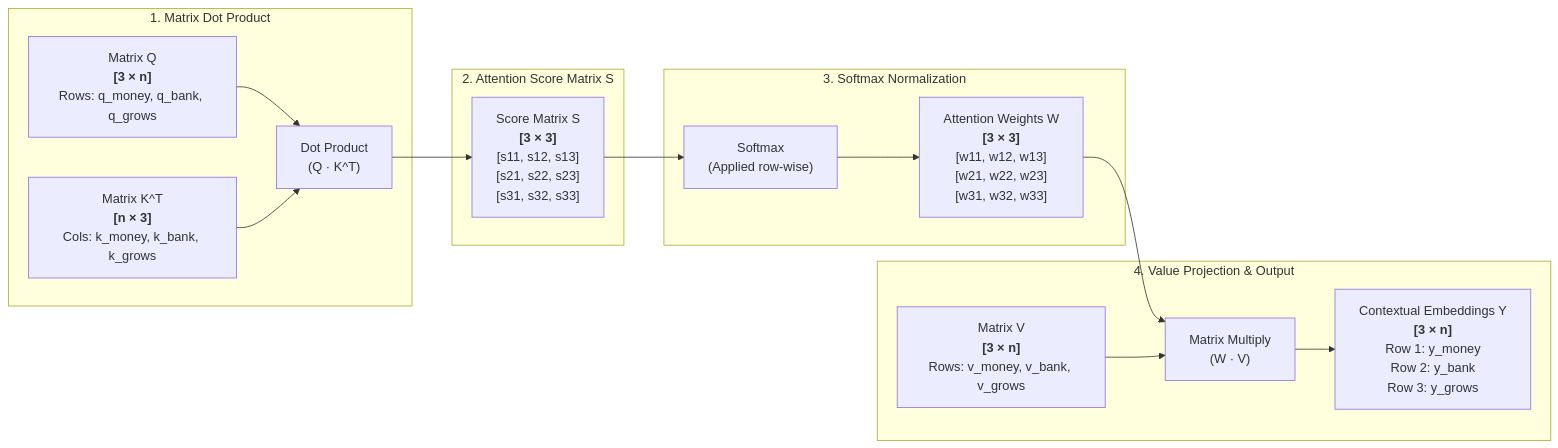
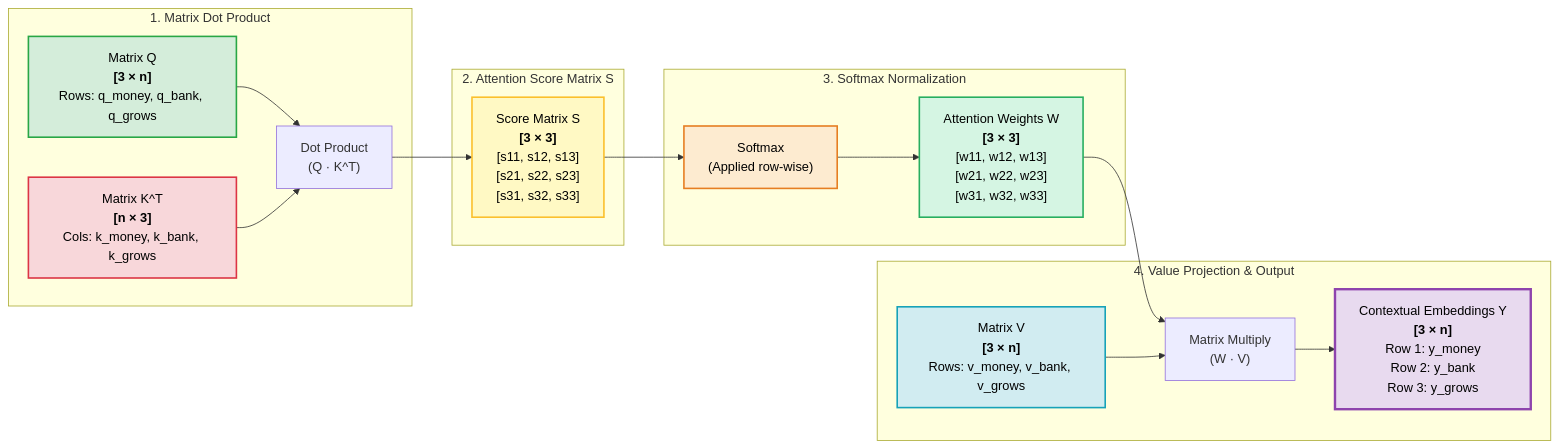
Before and after one commit to holycompile/Machine_Learning: the fourth of 4 diagrams in self_attention_notes.md, drawn with Mermaid. The commit also changed other lines of this file and 4 other files, not shown here.

````diff
--- a/self_attention_notes.md
+++ b/self_attention_notes.md
@@ -326,30 +347,38 @@
 ```mermaid
 flowchart LR
+    classDef qStyle fill:#D4EDDA,stroke:#28A745,stroke-width:2px,color:#000;
+    classDef kStyle fill:#F8D7DA,stroke:#DC3545,stroke-width:2px,color:#000;
+    classDef sStyle fill:#FFF9C4,stroke:#FBC02D,stroke-width:2px,color:#000;
+    classDef softStyle fill:#FDEBD0,stroke:#E67E22,stroke-width:2px,color:#000;
+    classDef wStyle fill:#D5F5E3,stroke:#27AE60,stroke-width:2px,color:#000;
+    classDef vStyle fill:#D1ECF1,stroke:#17A2B8,stroke-width:2px,color:#000;
+    classDef yStyle fill:#E8DAEF,stroke:#8E44AD,stroke-width:3px,color:#000;
+
     subgraph Step1["1. Matrix Dot Product"]
-        Q["Matrix Q<br/><b>[3 × n]</b><br/>Rows: q_money, q_bank, q_grows"]
-        K["Matrix K^T<br/><b>[n × 3]</b><br/>Cols: k_money, k_bank, k_grows"]
+        Q["Matrix Q<br/><b>[3 × n]</b><br/>Rows: q_money, q_bank, q_grows"]:::qStyle
+        K["Matrix K^T<br/><b>[n × 3]</b><br/>Cols: k_money, k_bank, k_grows"]:::kStyle
         Dot["Dot Product<br/>(Q · K^T)"]
         Q --> Dot
         K --> Dot
     end
 
     subgraph Step2["2. Attention Score Matrix S"]
-        S["Score Matrix S<br/><b>[3 × 3]</b><br/>[s11, s12, s13]<br/>[s21, s22, s23]<br/>[s31, s32, s33]"]
+        S["Score Matrix S<br/><b>[3 × 3]</b><br/>[s11, s12, s13]<br/>[s21, s22, s23]<br/>[s31, s32, s33]"]:::sStyle
         Dot --> S
     end
 
     subgraph Step3["3. Softmax Normalization"]
-        Soft["Softmax<br/>(Applied row-wise)"]
-        W["Attention Weights W<br/><b>[3 × 3]</b><br/>[w11, w12, w13]<br/>[w21, w22, w23]<br/>[w31, w32, w33]"]
+        Soft["Softmax<br/>(Applied row-wise)"]:::softStyle
+        W["Attention Weights W<br/><b>[3 × 3]</b><br/>[w11, w12, w13]<br/>[w21, w22, w23]<br/>[w31, w32, w33]"]:::wStyle
         S --> Soft --> W
     end
 
     subgraph Step4["4. Value Projection & Output"]
-        V["Matrix V<br/><b>[3 × n]</b><br/>Rows: v_money, v_bank, v_grows"]
+        V["Matrix V<br/><b>[3 × n]</b><br/>Rows: v_money, v_bank, v_grows"]:::vStyle
         Mult["Matrix Multiply<br/>(W · V)"]
-        Y["Contextual Embeddings Y<br/><b>[3 × n]</b><br/>Row 1: y_money<br/>Row 2: y_bank<br/>Row 3: y_grows"]
+        Y["Contextual Embeddings Y<br/><b>[3 × n]</b><br/>Row 1: y_money<br/>Row 2: y_bank<br/>Row 3: y_grows"]:::yStyle
         W --> Mult
         V --> Mult
         Mult --> Y
     end
 ```
````
